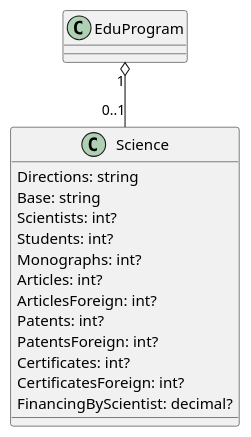
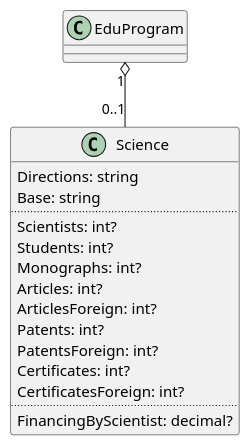
Before and after one commit to r7-labs/R7.University: the diagram in doc/ScienceRecord.puml, drawn with PlantUML. The commit also changed other lines of this file and 3 other files, not shown here.

Commit message:
Cleanup UML diagrams

```diff
--- a/doc/ScienceRecord.puml
+++ b/doc/ScienceRecord.puml
@@ -30,20 +1,22 @@
-@startuml Science Records for Edu. Program (variant 2)
+@startuml Science Information for Edu. Program
 
 EduProgram "1" o-- "0..1" Science
 
 class Science {
     Directions: string
     Base: string
+    ..
     Scientists: int?
     Students: int?
     Monographs: int?
     Articles: int?
     ArticlesForeign: int?
     Patents: int?
     PatentsForeign: int?
     Certificates: int?
     CertificatesForeign: int?
+    ..
     FinancingByScientist: decimal?
 }
 
 @enduml
```
